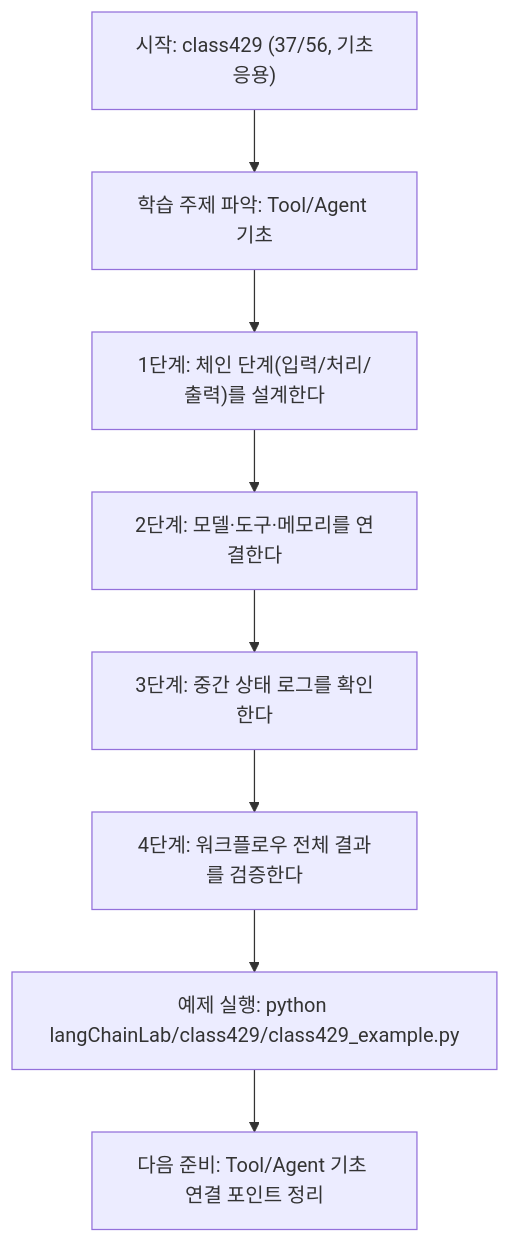
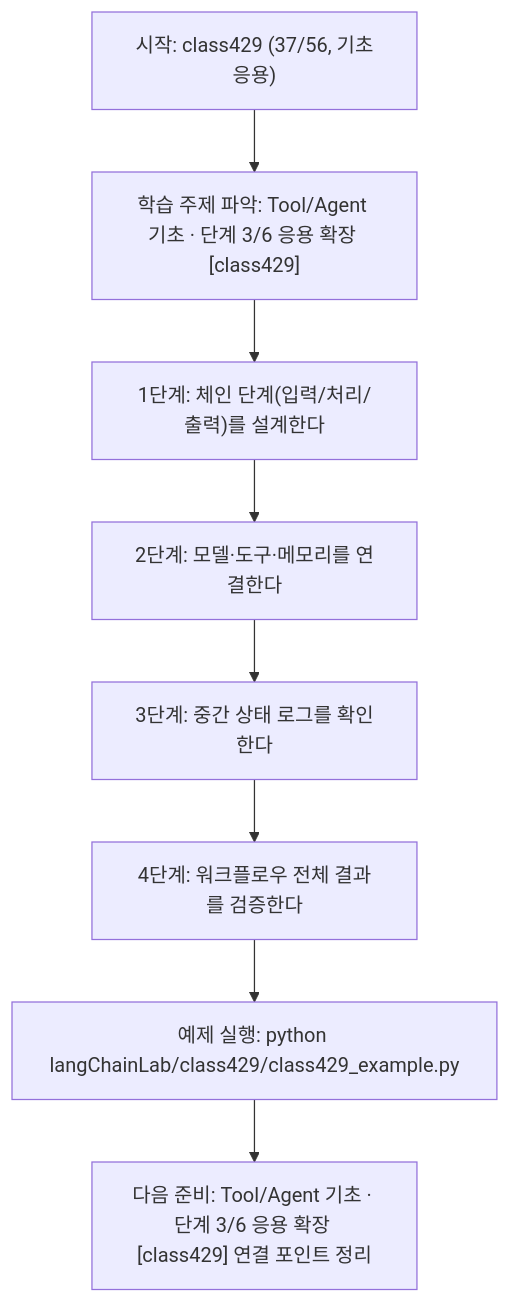
The diagram in langChainLab/class429/class429.md (edumgt/Python-AI_Agent-Class), drawn with Mermaid before and after one commit. The commit also changed other lines of this file and 522 other files, not shown here.

````diff
--- a/langChainLab/class429/class429.md
+++ b/langChainLab/class429/class429.md
@@ -109,18 +110,18 @@
 ```mermaid
 flowchart TD
 N1["시작: class429 (37/56, 기초응용)"]
-N2["학습 주제 파악: Tool/Agent 기초"]
+N2["학습 주제 파악: Tool/Agent 기초 · 단계 3/6 응용 확장 [class429]"]
 N3["1단계: 체인 단계(입력/처리/출력)를 설계한다"]
 N4["2단계: 모델·도구·메모리를 연결한다"]
 N5["3단계: 중간 상태 로그를 확인한다"]
 N6["4단계: 워크플로우 전체 결과를 검증한다"]
 N7["예제 실행: python langChainLab/class429/class429_example.py"]
-N8["다음 준비: Tool/Agent 기초 연결 포인트 정리"]
+N8["다음 준비: Tool/Agent 기초 · 단계 3/6 응용 확장 [class429] 연결 포인트 정리"]
 N1 --> N2
 N2 --> N3
 N3 --> N4
 N4 --> N5
 N5 --> N6
 N6 --> N7
 N7 --> N8
 ```
````
